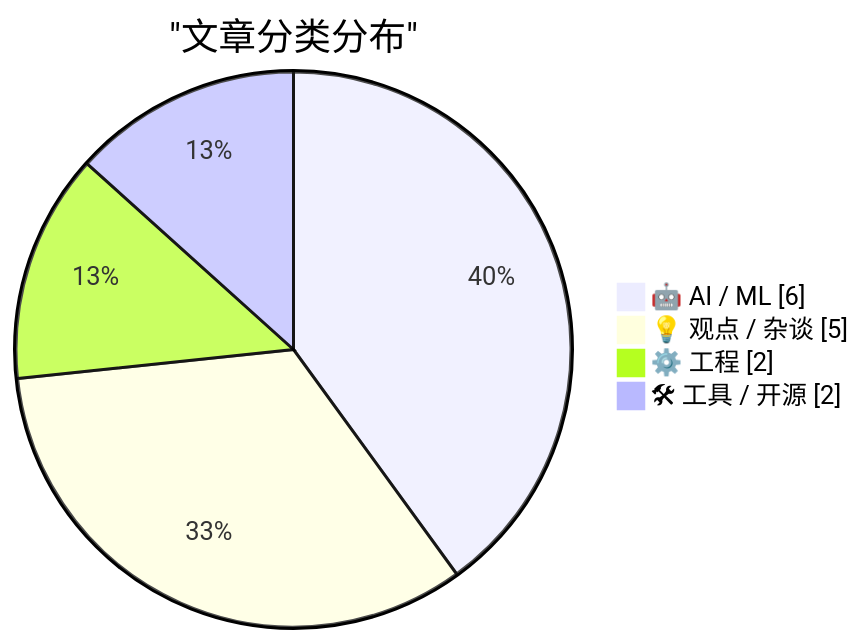
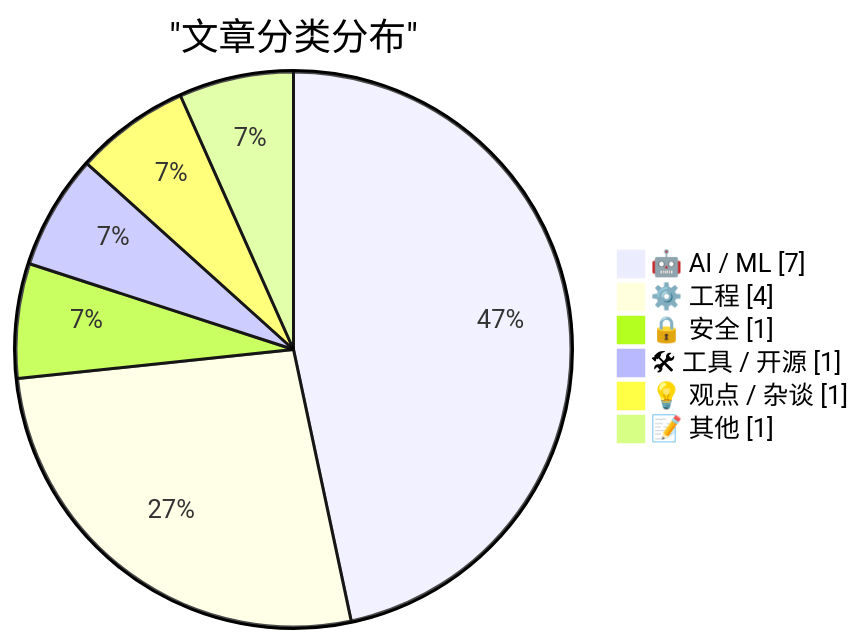
One commit to Yeadon8888/digest-news-viewer changed the first of 2 diagrams in public/data/digest-latest.md. Above: the diagram before and after it, drawn with Mermaid. The commit also changed other lines of this file, not shown here.

````diff
--- a/public/data/digest-latest.md
+++ b/public/data/digest-latest.md
@@ -53,8 +53,10 @@
 ```mermaid
 pie showData
     title "文章分类分布"
-    "🤖 AI / ML" : 6
-    "💡 观点 / 杂谈" : 5
-    "⚙️ 工程" : 2
-    "🛠 工具 / 开源" : 2
+    "🤖 AI / ML" : 7
+    "⚙️ 工程" : 4
+    "🔒 安全" : 1
+    "🛠 工具 / 开源" : 1
+    "💡 观点 / 杂谈" : 1
+    "📝 其他" : 1
 ```
````
